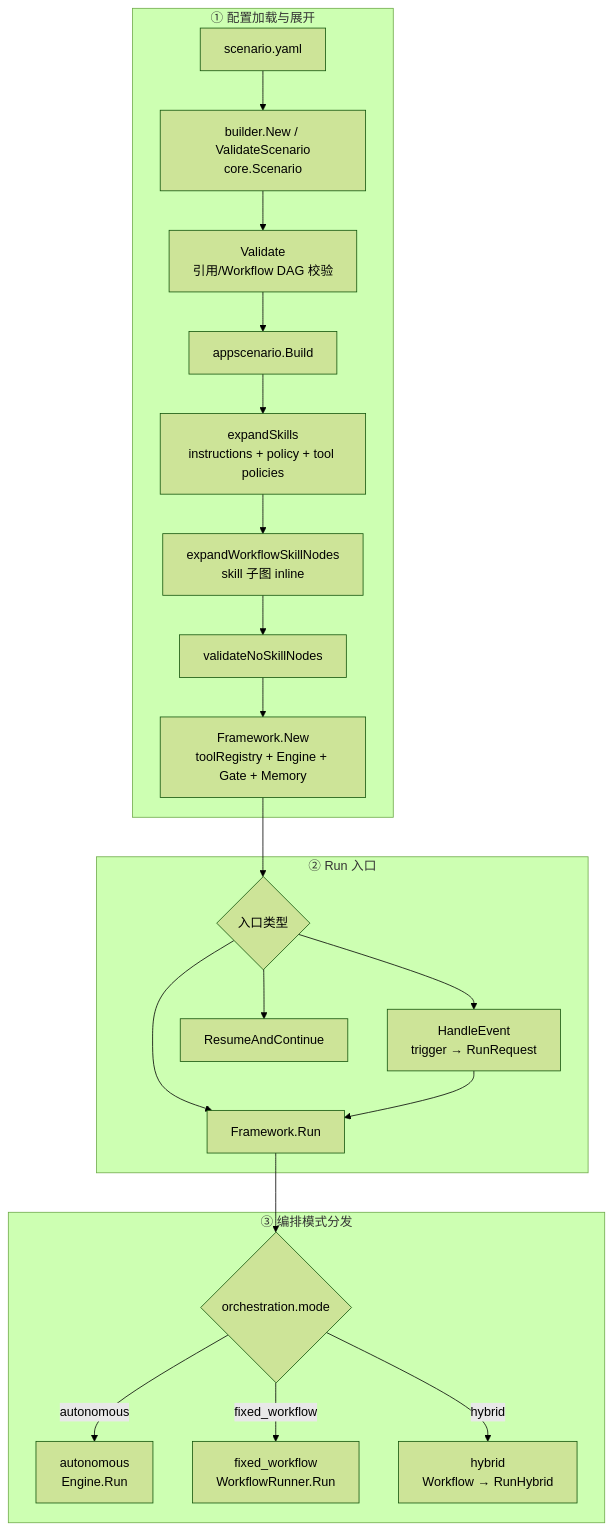
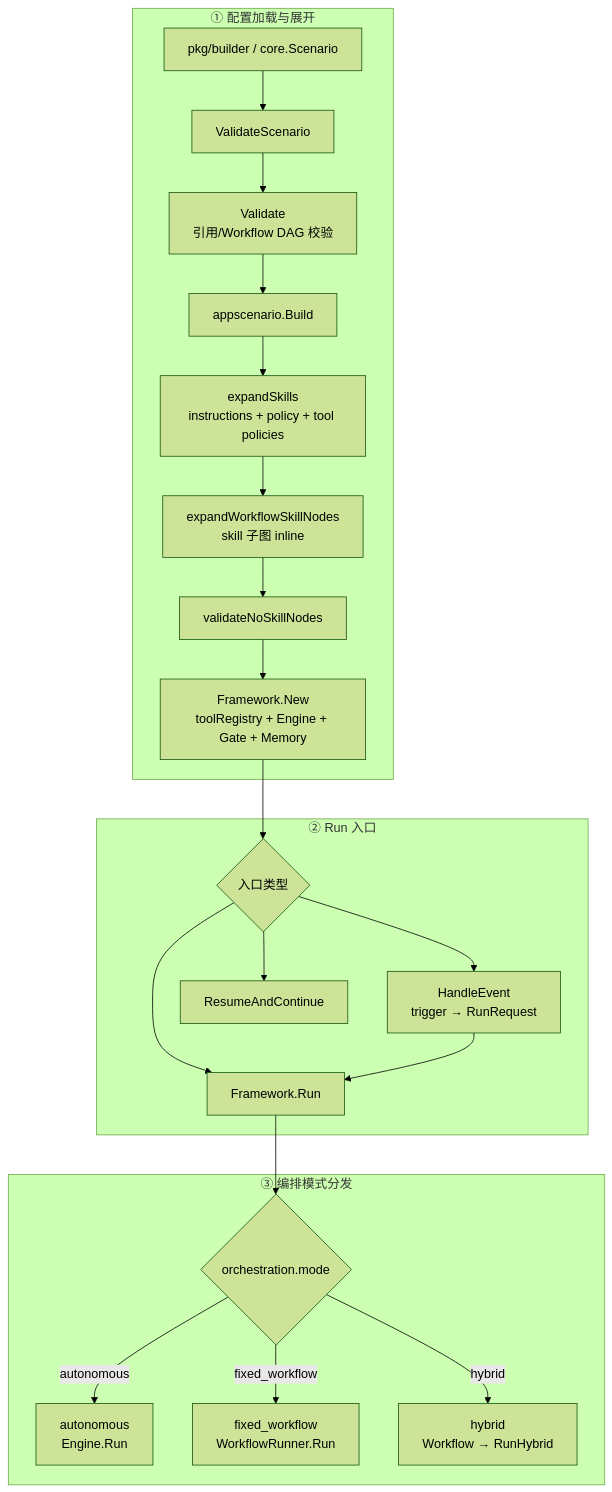
One commit to aijustin/agentflow-go changed the first of 11 diagrams in docs/orchestration-flow.md. Above: the diagram before and after it, drawn with Mermaid (forest theme). The commit also changed other lines of this file and 16 other files, not shown here.

````diff
--- a/docs/orchestration-flow.md
+++ b/docs/orchestration-flow.md
@@ -11,38 +11,38 @@
 ```mermaid
 flowchart TB
     subgraph S1["① 配置加载与展开"]
-        YAML["scenario.yaml"]
-        LOAD["builder.New / ValidateScenario<br/>core.Scenario"]
+        SCN["pkg/builder / core.Scenario"]
+        LOAD["ValidateScenario"]
         VAL1["Validate<br/>引用/Workflow DAG 校验"]
-        BUILD["appscenario.Build"]
+        ASB["appscenario.Build"]
         SK1["expandSkills<br/>instructions + policy + tool policies"]
         SK2["expandWorkflowSkillNodes<br/>skill 子图 inline"]
         VAL2["validateNoSkillNodes"]
         NEW["Framework.New<br/>toolRegistry + Engine + Gate + Memory"]
-        YAML --> LOAD --> VAL1 --> BUILD
-        BUILD --> SK1 --> SK2 --> VAL2 --> NEW
+        SCN --> LOAD --> VAL1 --> ASB
+        ASB --> SK1 --> SK2 --> VAL2 --> NEW
     end
 
     subgraph S2["② Run 入口"]
         ENTRY{"入口类型"}
         RUN["Framework.Run"]
         EVT["HandleEvent<br/>trigger → RunRequest"]
         RAC["ResumeAndContinue"]
         ENTRY --> RUN
         ENTRY --> EVT --> RUN
         ENTRY --> RAC
     end
 
     subgraph S3["③ 编排模式分发"]
         MODE{"orchestration.mode"}
         AUTO["autonomous<br/>Engine.Run"]
         FW["fixed_workflow<br/>WorkflowRunner.Run"]
         HYB["hybrid<br/>Workflow → RunHybrid"]
         RUN --> MODE
         MODE -->|autonomous| AUTO
         MODE -->|fixed_workflow| FW
         MODE -->|hybrid| HYB
     end
 
     NEW --> ENTRY
 ```
````
